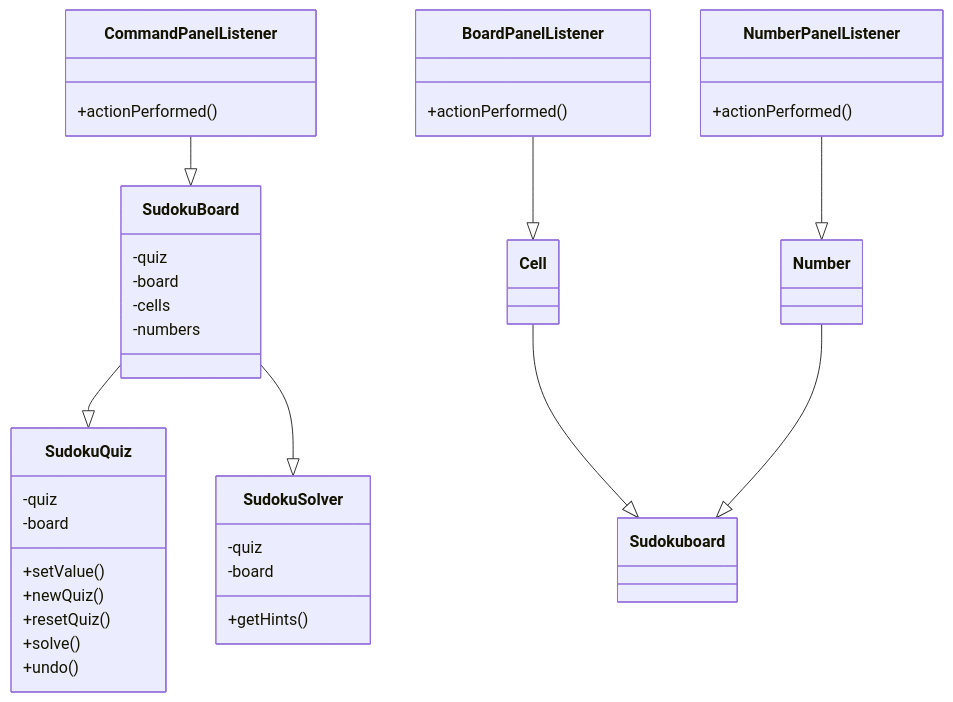
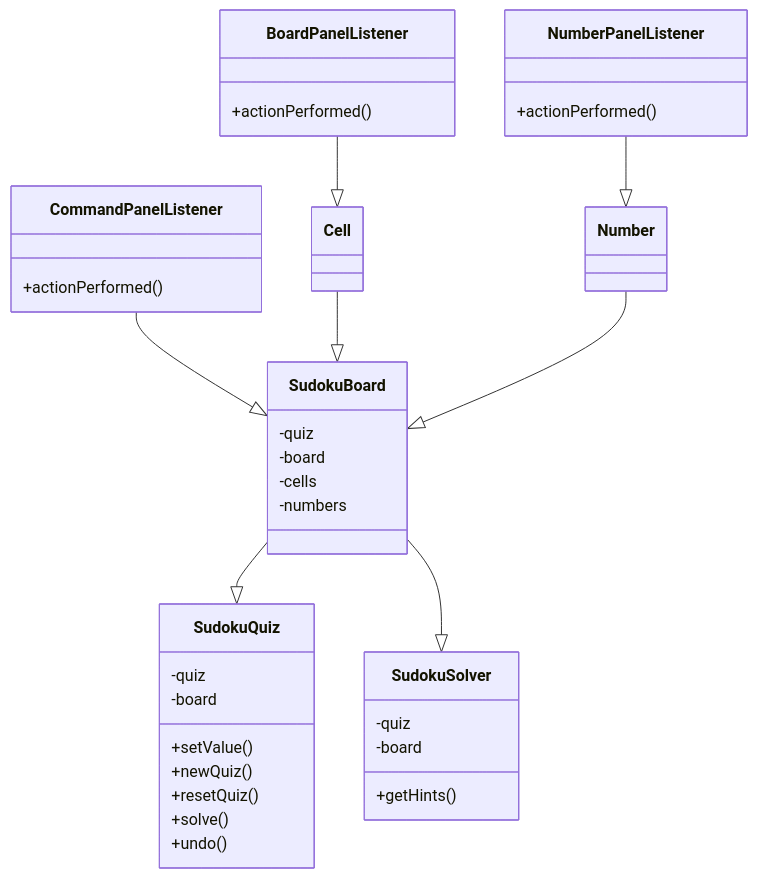
Before and after one commit to miyaichi/Sudoku: the diagram in README.md, drawn with Mermaid.

Commit message:
Add class diagram

````diff
--- a/README.md
+++ b/README.md
@@ -99,27 +99,27 @@
 ```mermaid
 classDiagram
     SudokuBoard --|> SudokuQuiz
     SudokuBoard : -quiz
     SudokuBoard : -board
     SudokuBoard : -cells
     SudokuBoard : -numbers
     SudokuQuiz : -quiz
     SudokuQuiz : -board
     SudokuQuiz : +setValue()
     SudokuQuiz : +newQuiz()
     SudokuQuiz : +resetQuiz()
     SudokuQuiz : +solve()
     SudokuQuiz : +undo()
     SudokuBoard --|> SudokuSolver
     SudokuSolver : -quiz
     SudokuSolver : -board
     SudokuSolver : +getHints()
     CommandPanelListener --|> SudokuBoard
     CommandPanelListener : +actionPerformed()
     BoardPanelListener --|> Cell
     BoardPanelListener : +actionPerformed()
-    Cell --|> Sudokuboard
+    Cell --|> SudokuBoard
     NumberPanelListener --|> Number
     NumberPanelListener : +actionPerformed()
-    Number --|> Sudokuboard
+    Number --|> SudokuBoard
 ```
````
